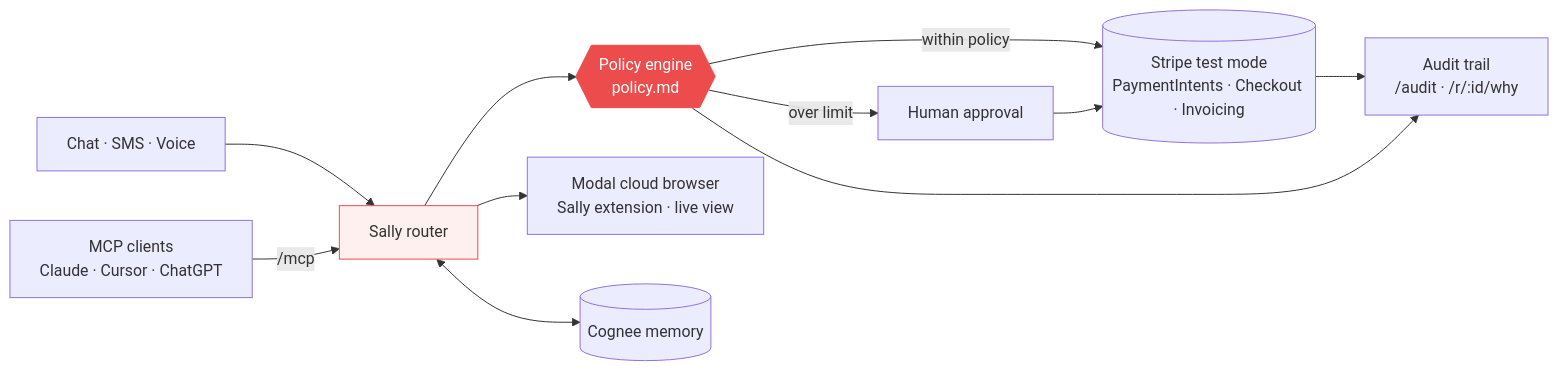
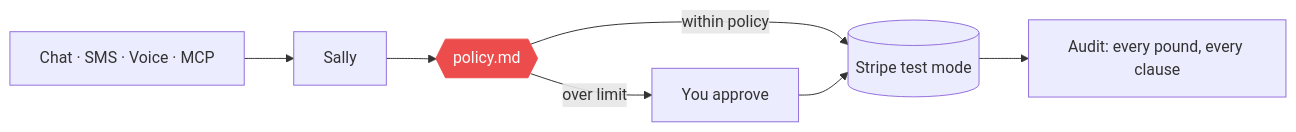
The diagram in README.md (Hey-Salad/agent-offramp), drawn with Mermaid before and after one commit. The commit also changed other lines of this file and 35 other files, not shown here.

````diff
--- a/README.md
+++ b/README.md
@@ -28,15 +66,10 @@
 ```mermaid
 flowchart LR
-  U[Chat · SMS · Voice] --> R[Sally router]
-  M[MCP clients<br/>Claude · Cursor · ChatGPT] -->|/mcp| R
-  R --> P{{Policy engine<br/>policy.md}}
-  P -->|within policy| S[(Stripe test mode<br/>PaymentIntents · Checkout · Invoicing)]
-  P -->|over limit| H[Human approval]
+  A[Chat · SMS · Voice · MCP] --> R[Sally]
+  R --> P{{policy.md}}
+  P -->|within policy| S[(Stripe test mode)]
+  P -->|over limit| H[You approve]
   H --> S
-  R --> B[Modal cloud browser<br/>Sally extension · live view]
-  R <--> C[(Cognee memory)]
-  S --> A[Audit trail<br/>/audit · /r/:id/why]
-  P --> A
+  S --> L[Audit: every pound, every clause]
   style P fill:#ed4c4c,color:#fff,stroke:#ed4c4c
-  style R fill:#fff0f0,stroke:#ed4c4c
 ```
````
